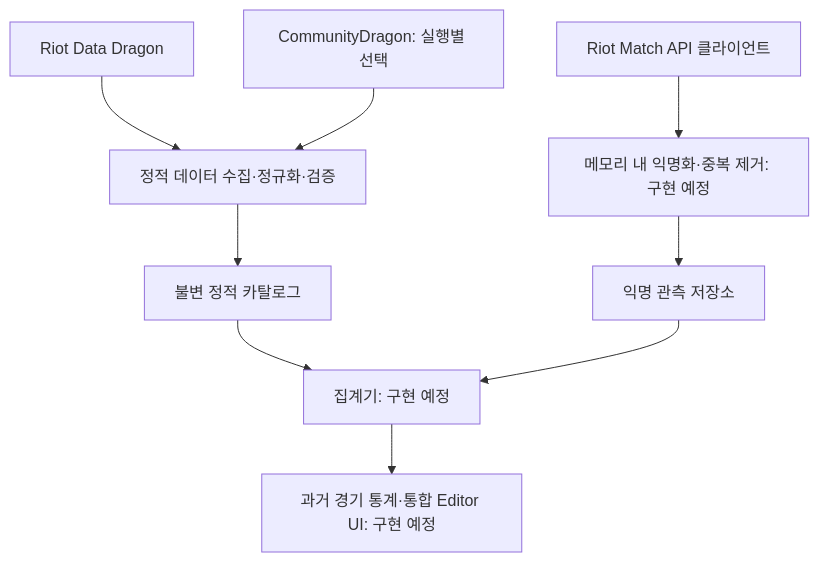
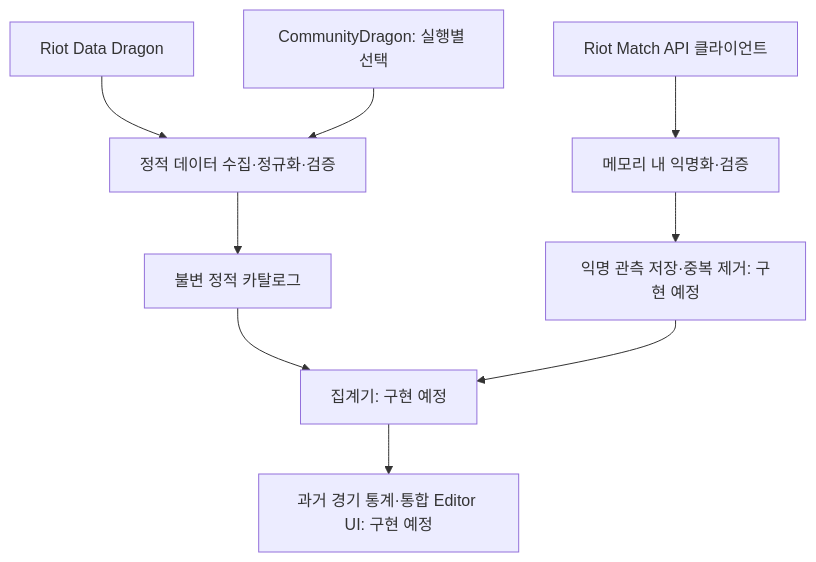
One commit to Ghyeok/TFTDataAnalyzer changed the diagram in README.md. Above: the diagram before and after it, drawn with Mermaid. The commit also changed other lines of this file and 26 other files, not shown here.

````diff
--- a/README.md
+++ b/README.md
@@ -55,11 +55,11 @@
 ```mermaid
 flowchart TD
     A[Riot Data Dragon] --> C[정적 데이터 수집·정규화·검증]
     B[CommunityDragon: 실행별 선택] --> C
     C --> D[불변 정적 카탈로그]
-    E[Riot Match API 클라이언트] --> F[메모리 내 익명화·중복 제거: 구현 예정]
-    F --> G[익명 관측 저장소]
+    E[Riot Match API 클라이언트] --> F[메모리 내 익명화·검증]
+    F --> G[익명 관측 저장·중복 제거: 구현 예정]
     D --> H[집계기: 구현 예정]
     G --> H
     H --> I[과거 경기 통계·통합 Editor UI: 구현 예정]
 ```
````
